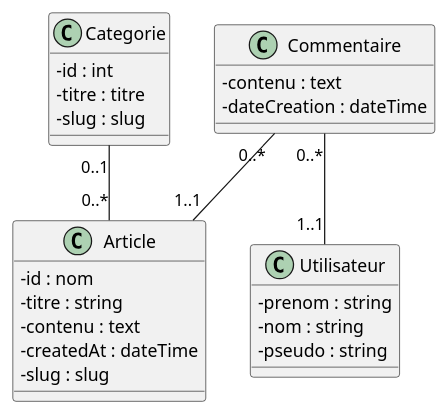
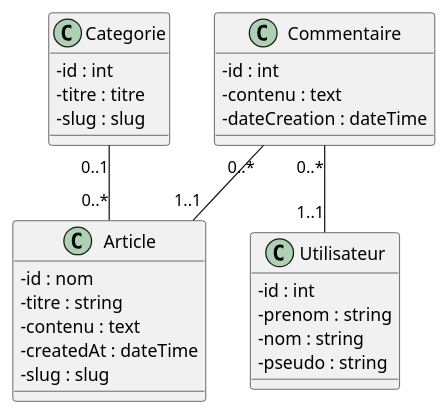
One commit to Zeqhz/symfonyblog changed the diagram in documentation/Diagrammedeclasse.puml. Above: the diagram before and after it, drawn with PlantUML.

Commit message:
commit fichier pdf

```diff
--- a/documentation/Diagrammedeclasse.puml
+++ b/documentation/Diagrammedeclasse.puml
@@ -1,34 +1,36 @@
 @startuml
 'https://plantuml.com/class-diagram
 skinparam classAttributeIconSize 0
 
 
 class Article {
 -id : nom
 -titre : string
 -contenu : text
 -createdAt : dateTime
 -slug : slug
 }
 
 class Categorie {
 -id : int
 -titre : titre
 -slug : slug
 }
 Categorie "0..1"--"0..*" Article
 
 class Commentaire {
+-id : int
 -contenu : text
 -dateCreation : dateTime
 }
 Commentaire "0..*"--"1..1" Article
 
 class Utilisateur {
+-id : int
 -prenom : string
 -nom : string
 -pseudo : string
 }
 Commentaire "0..*"--"1..1" Utilisateur
 
 @enduml
```
